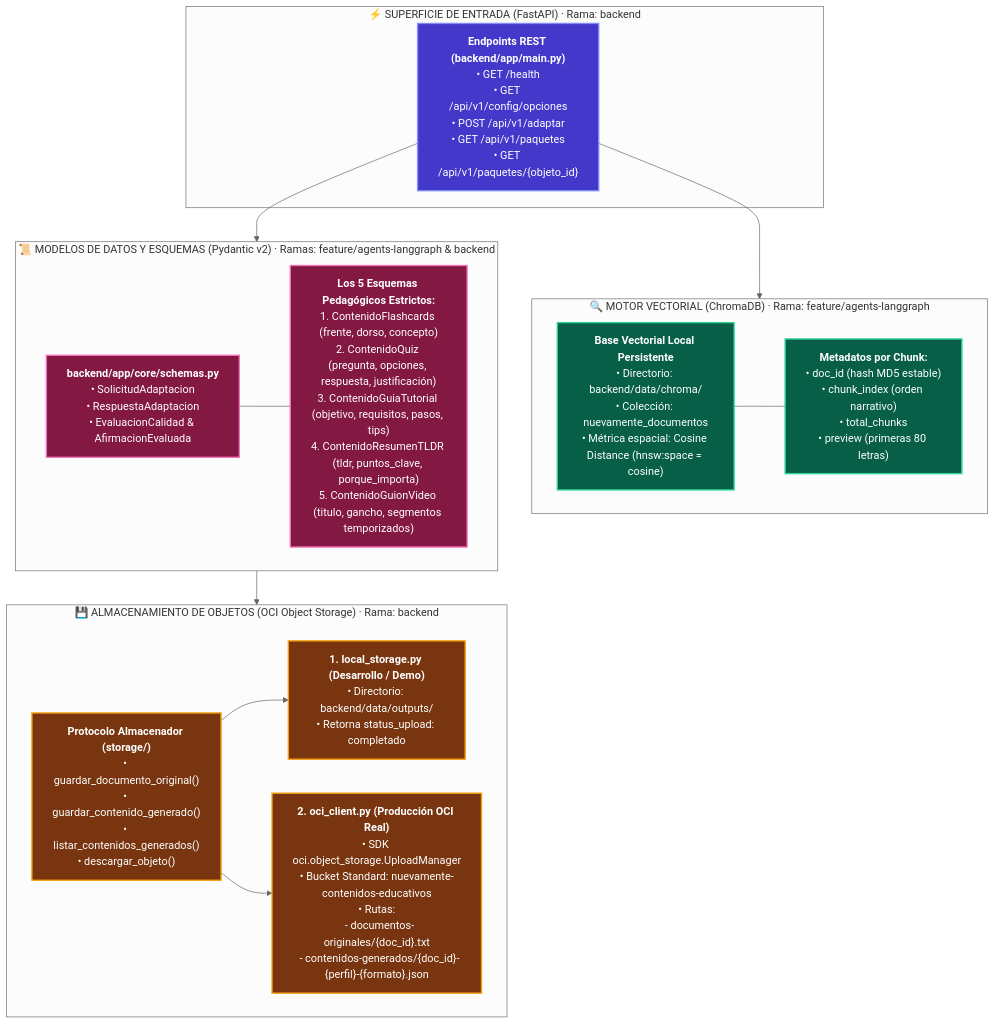
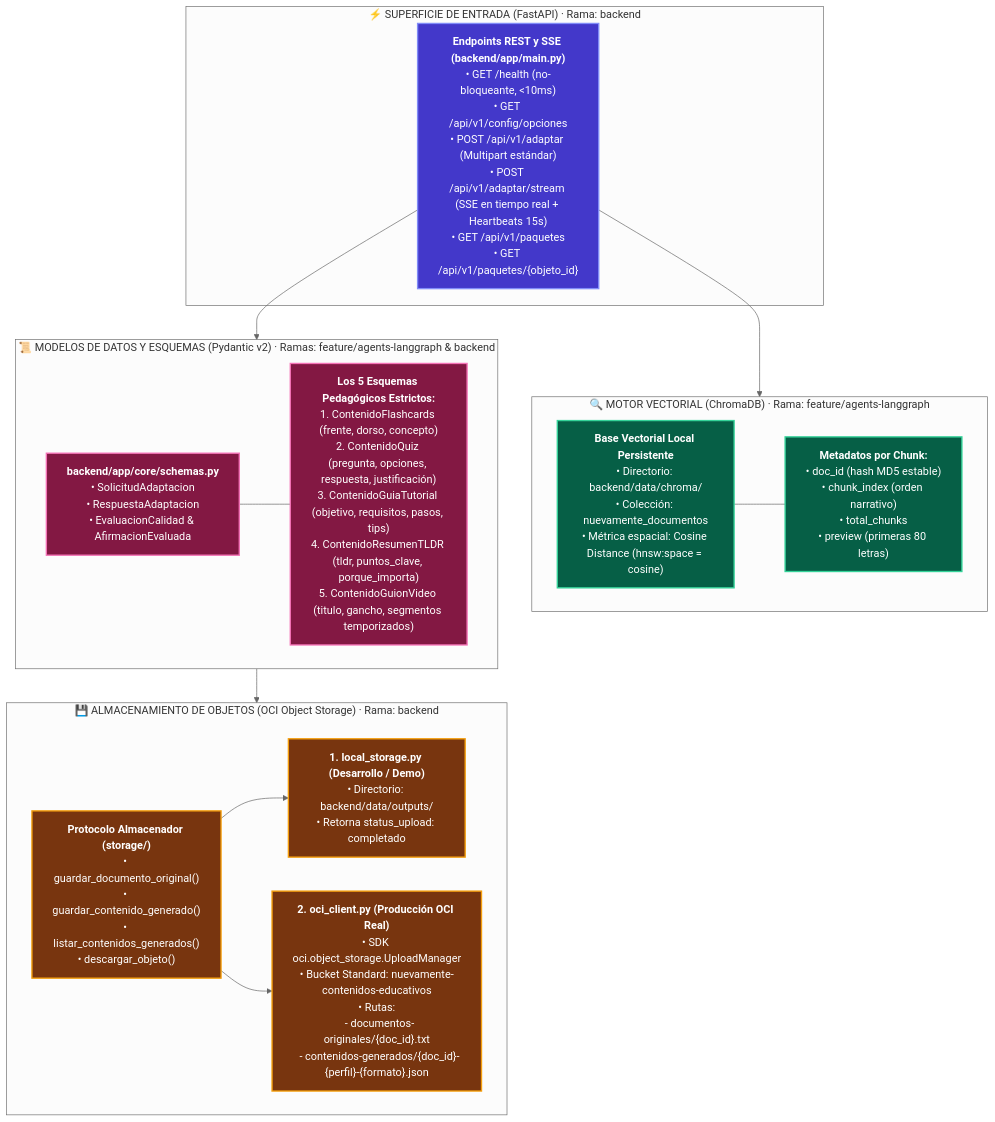
Before and after one commit to No-Country-simulation/G10-LATAM-equipo10NovaMind: the fifth of 5 diagrams in README.md, drawn with Mermaid (neutral theme). The commit also changed other lines of this file and 67 other files, not shown here.

````diff
--- a/README.md
+++ b/README.md
@@ -366,38 +368,38 @@
 ```mermaid
 graph TD
     %% Estilos
     classDef api fill:#4338ca,stroke:#818cf8,stroke-width:2px,color:#ffffff;
     classDef vector fill:#065f46,stroke:#34d399,stroke-width:2px,color:#ffffff;
     classDef schema fill:#831843,stroke:#f472b6,stroke-width:2px,color:#ffffff;
     classDef storage fill:#78350f,stroke:#f59e0b,stroke-width:2px,color:#ffffff;
 
     subgraph API_SURFACE ["⚡ SUPERFICIE DE ENTRADA (FastAPI) · Rama: backend"]
-        ENDPOINTS["<b>Endpoints REST (backend/app/main.py)</b><br/>• GET /health<br/>• GET /api/v1/config/opciones<br/>• POST /api/v1/adaptar<br/>• GET /api/v1/paquetes<br/>• GET /api/v1/paquetes/{objeto_id}"]:::api
+        ENDPOINTS["<b>Endpoints REST y SSE (backend/app/main.py)</b><br/>• GET /health (no-bloqueante, <10ms)<br/>• GET /api/v1/config/opciones<br/>• POST /api/v1/adaptar (Multipart estándar)<br/>• POST /api/v1/adaptar/stream (SSE en tiempo real + Heartbeats 15s)<br/>• GET /api/v1/paquetes<br/>• GET /api/v1/paquetes/{objeto_id}"]:::api
     end
 
     subgraph VECTOR_ENGINE ["🔍 MOTOR VECTORIAL (ChromaDB) · Rama: feature/agents-langgraph"]
         CHROMA_PERSIST["<b>Base Vectorial Local Persistente</b><br/>• Directorio: backend/data/chroma/<br/>• Colección: nuevamente_documentos<br/>• Métrica espacial: Cosine Distance (hnsw:space = cosine)"]:::vector
         CHROMA_META["<b>Metadatos por Chunk:</b><br/>• doc_id (hash MD5 estable)<br/>• chunk_index (orden narrativo)<br/>• total_chunks<br/>• preview (primeras 80 letras)"]:::vector
         CHROMA_PERSIST --- CHROMA_META
     end
 
     subgraph CONTRACTS ["📜 MODELOS DE DATOS Y ESQUEMAS (Pydantic v2) · Ramas: feature/agents-langgraph & backend"]
         SCHEMA_CORE["<b>backend/app/core/schemas.py</b><br/>• SolicitudAdaptacion<br/>• RespuestaAdaptacion<br/>• EvaluacionCalidad & AfirmacionEvaluada"]:::schema
         SCHEMA_FORMATS["<b>Los 5 Esquemas Pedagógicos Estrictos:</b><br/>1. ContenidoFlashcards (frente, dorso, concepto)<br/>2. ContenidoQuiz (pregunta, opciones, respuesta, justificación)<br/>3. ContenidoGuiaTutorial (objetivo, requisitos, pasos, tips)<br/>4. ContenidoResumenTLDR (tldr, puntos_clave, porque_importa)<br/>5. ContenidoGuionVideo (titulo, gancho, segmentos temporizados)"]:::schema
         SCHEMA_CORE --- SCHEMA_FORMATS
     end
 
     subgraph OBJECT_STORAGE ["💾 ALMACENAMIENTO DE OBJETOS (OCI Object Storage) · Rama: backend"]
         INTERFACE["<b>Protocolo Almacenador (storage/)</b><br/>• guardar_documento_original()<br/>• guardar_contenido_generado()<br/>• listar_contenidos_generados()<br/>• descargar_objeto()"]:::storage
         
         MOCK_IMPL["<b>1. local_storage.py (Desarrollo / Demo)</b><br/>• Directorio: backend/data/outputs/<br/>• Retorna status_upload: completado"]:::storage
         OCI_IMPL["<b>2. oci_client.py (Producción OCI Real)</b><br/>• SDK oci.object_storage.UploadManager<br/>• Bucket Standard: nuevamente-contenidos-educativos<br/>• Rutas:<br/>  - documentos-originales/{doc_id}.txt<br/>  - contenidos-generados/{doc_id}-{perfil}-{formato}.json"]:::storage
 
         INTERFACE --> MOCK_IMPL
         INTERFACE --> OCI_IMPL
     end
 
     ENDPOINTS --> CONTRACTS
     ENDPOINTS --> VECTOR_ENGINE
     CONTRACTS --> OBJECT_STORAGE
 ```
````
